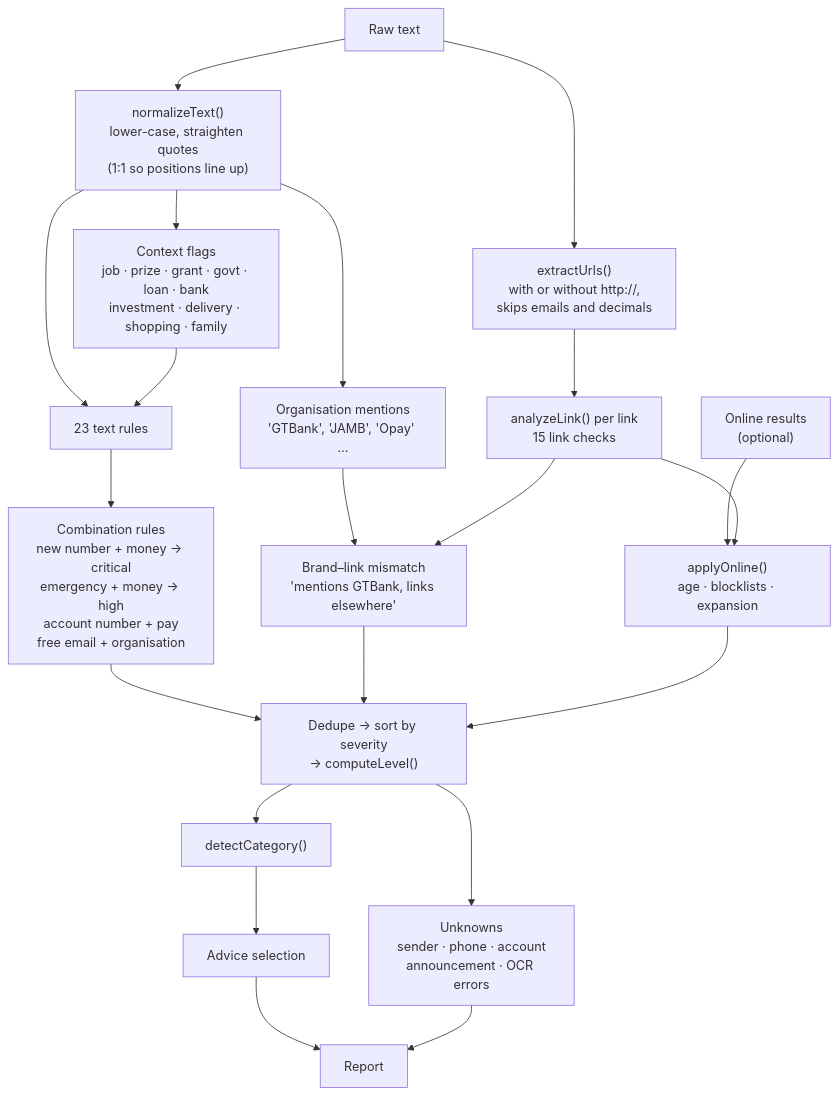
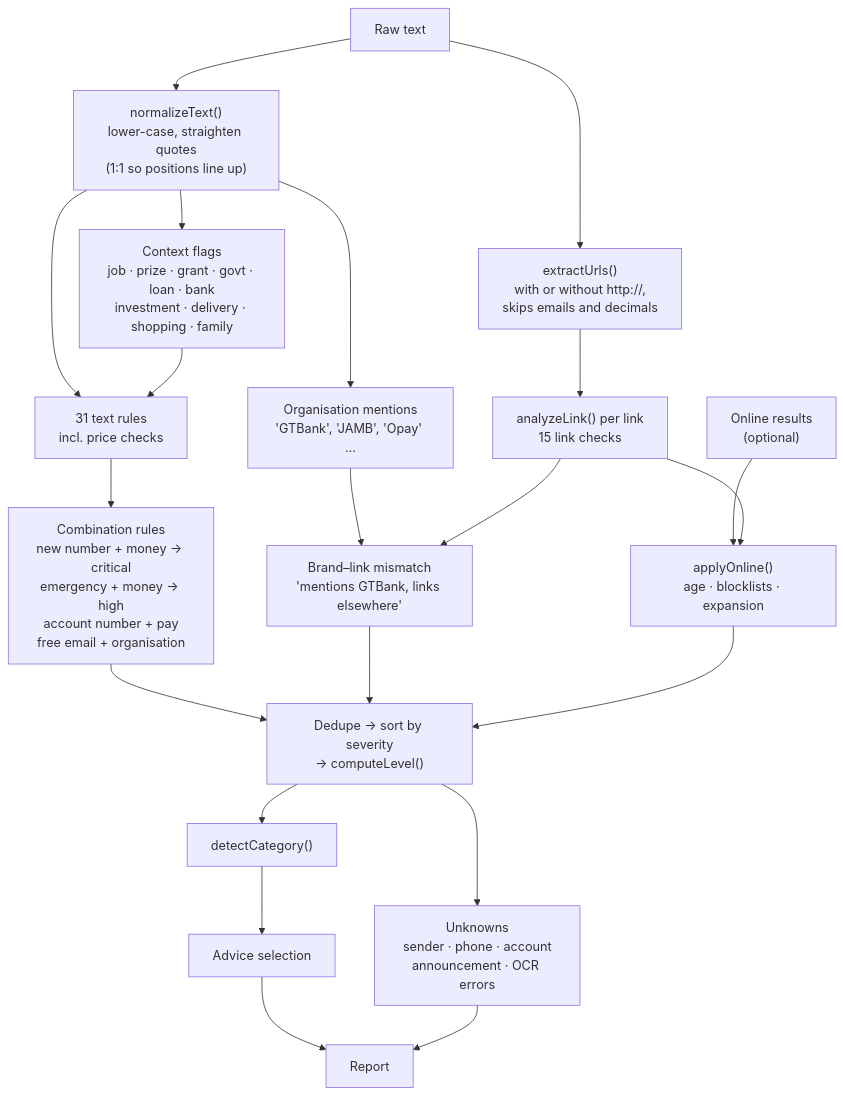
Before and after one commit to adeyanjufuhad/CheckAm: the sixth of 6 diagrams in README.md, drawn with Mermaid. The commit also changed other lines of this file and 11 other files, not shown here.

````diff
--- a/README.md
+++ b/README.md
@@ -322,23 +322,23 @@
 ```mermaid
 flowchart TB
     IN["Raw text"] --> N["normalizeText()<br/>lower-case, straighten quotes<br/>(1:1 so positions line up)"]
     N --> CTX["Context flags<br/>job · prize · grant · govt · loan · bank<br/>investment · delivery · shopping · family"]
     N --> ORG["Organisation mentions<br/>'GTBank', 'JAMB', 'Opay' …"]
-    N --> TR["23 text rules"]
+    N --> TR["31 text rules<br/>incl. price checks"]
     CTX --> TR
     TR --> COMBO["Combination rules<br/>new number + money → critical<br/>emergency + money → high<br/>account number + pay<br/>free email + organisation"]
     IN --> URL["extractUrls()<br/>with or without http://,<br/>skips emails and decimals"]
     URL --> LK["analyzeLink() per link<br/>15 link checks"]
     ORG --> MM["Brand–link mismatch<br/>'mentions GTBank, links elsewhere'"]
     LK --> MM
     ONL["Online results<br/>(optional)"] --> AO["applyOnline()<br/>age · blocklists · expansion"]
     LK --> AO
     COMBO --> SC["Dedupe → sort by severity<br/>→ computeLevel()"]
     MM --> SC
     AO --> SC
     SC --> CAT["detectCategory()"]
     CAT --> ADV["Advice selection"]
     SC --> UNK["Unknowns<br/>sender · phone · account<br/>announcement · OCR errors"]
     ADV --> OUT["Report"]
     UNK --> OUT
 ```
````
